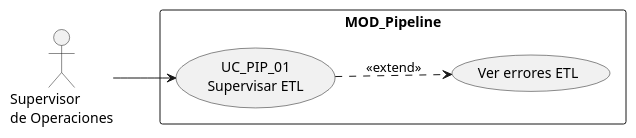
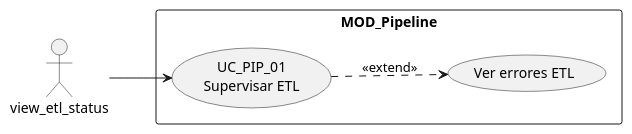
One commit to jcg-admin/IACT-docs changed the first of 4 diagrams in source/requisitos/casos-uso/pipeline/uc-pip-01/diagramas-uml.rst. Above: the diagram before and after it, drawn with PlantUML. The commit also changed 77 other files, not shown here.

First line of the commit message:
Enforce RBAC function names as actors in all UML diagrams

```diff
--- a/source/requisitos/casos-uso/pipeline/uc-pip-01/diagramas-uml.rst
+++ b/source/requisitos/casos-uso/pipeline/uc-pip-01/diagramas-uml.rst
@@ -10,12 +10,12 @@
 .. uml::
 
  @startuml
  left to right direction
- actor "Supervisor\nde Operaciones" as USR
+ actor "view_etl_status" as USR
  rectangle "MOD_Pipeline" {
    usecase "UC_PIP_01\nSupervisar ETL" as UC01
    usecase "Ver errores ETL" as DR
  }
  USR --> UC01
  UC01 ..> DR : <<extend>>
  @enduml
```
